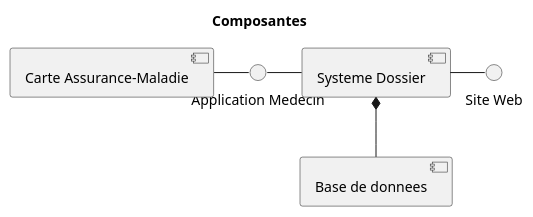
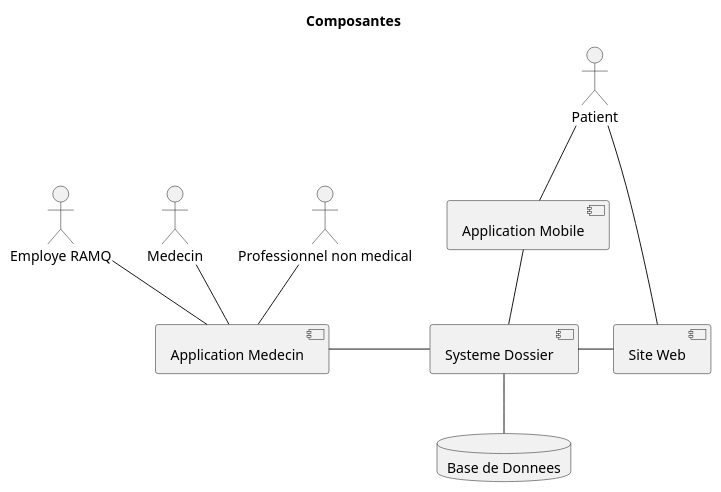
One commit to vbrayuqam/projet-genielog changed the diagram in composantes.puml. Above: the diagram before and after it, drawn with PlantUML. The commit also changed other lines of this file and 12 other files, not shown here.

Commit message:
ajout diagramme connection

```diff
--- a/composantes.puml
+++ b/composantes.puml
@@ -1,18 +1,26 @@
 @startuml composantes
 
 title Composantes
 
-() "Application Medecin" as AM
-[Base de donnees] as BD
-[Carte Assurance-Maladie] as C
+actor "Employe RAMQ" as RAMQ
+actor Medecin as M
+actor Patient as P
+actor "Professionnel non medical" as PM
+[Application Medecin] as AM
+[Site Web] as WWW
+[Application Mobile] as MOB
+database "Base de Donnees" as BD
 [Systeme Dossier] as S
-() "Site Web" as WWW
 
-
-S *-- BD
-C - AM
+RAMQ -- AM
+M -- AM
+PM -- AM
+P -- WWW
+P -- MOB
+S -- BD
+MOB -down- S
 AM - S
 S - WWW
 
 
 @enduml
```
